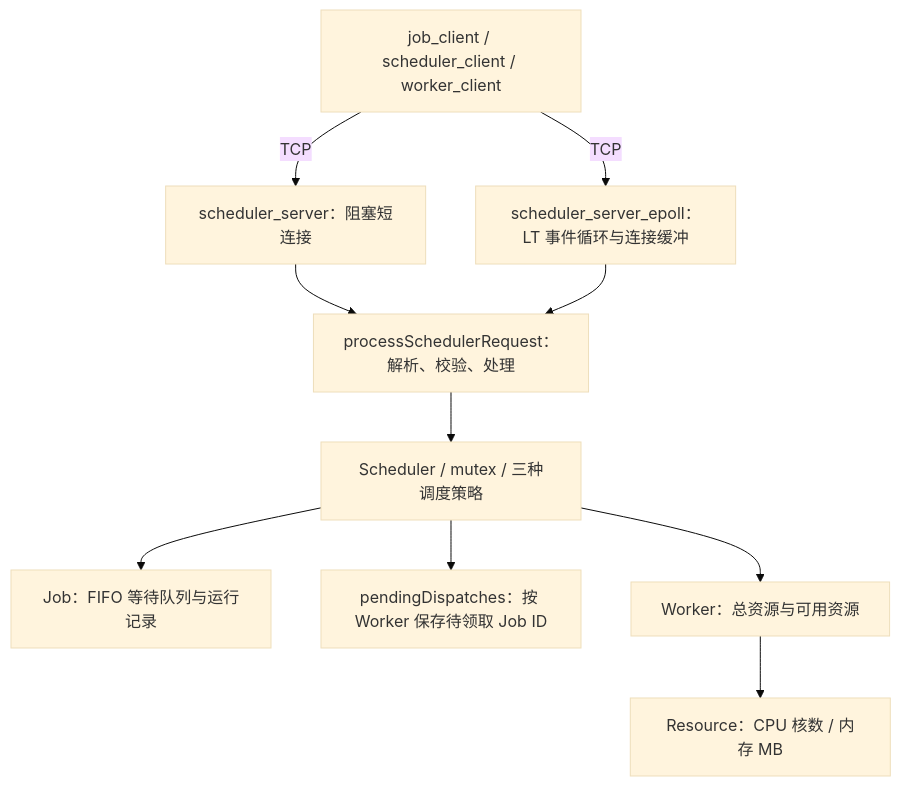
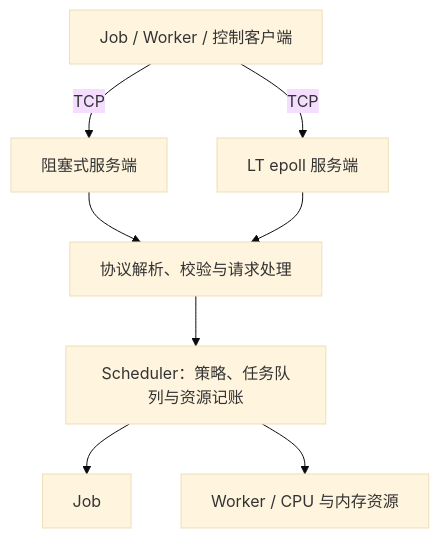
Before and after one commit to zefyrx/HeteroSched: the diagram in README.md, drawn with Mermaid (base theme). The commit also changed other lines of this file, not shown here.

````diff
--- a/README.md
+++ b/README.md
@@ -16,12 +16,10 @@
 ```mermaid
 flowchart TD
-    C["job_client / scheduler_client / worker_client"] -->|TCP| B["scheduler_server：阻塞短连接"]
-    C -->|TCP| E["scheduler_server_epoll：LT 事件循环与连接缓冲"]
-    B --> P["processSchedulerRequest：解析、校验、处理"]
+    C["Job / Worker / 控制客户端"] -->|TCP| B["阻塞式服务端"]
+    C -->|TCP| E["LT epoll 服务端"]
+    B --> P["协议解析、校验与请求处理"]
     E --> P
-    P --> S["Scheduler / mutex / 三种调度策略"]
-    S --> J["Job：FIFO 等待队列与运行记录"]
-    S --> D["pendingDispatches：按 Worker 保存待领取 Job ID"]
-    S --> W["Worker：总资源与可用资源"]
-    W --> R["Resource：CPU 核数 / 内存 MB"]
+    P --> S["Scheduler：策略、任务队列与资源记账"]
+    S --> J[Job]
+    S --> W["Worker / CPU 与内存资源"]
 ```
````
